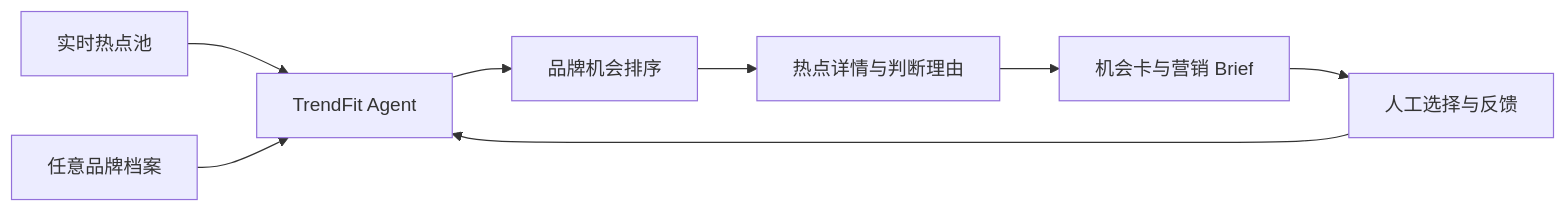
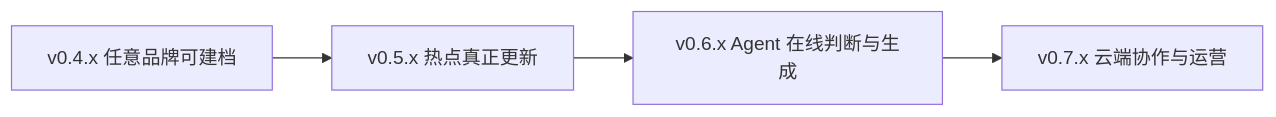
Before and after one commit to zoezhong2001-max/trendfit-brand-marketing-agent: the diagram in docs/PRODUCT_ROADMAP.md, drawn with Mermaid. The commit also changed other lines of this file and 5 other files, not shown here.

Commit message:
docs: complete STEP 05 and product roadmap

````diff
--- a/docs/PRODUCT_ROADMAP.md
+++ b/docs/PRODUCT_ROADMAP.md
@@ -14,10 +13,6 @@
 ```mermaid
 flowchart LR
-    A[实时热点池] --> C[TrendFit Agent]
-    B[任意品牌档案] --> C
-    C --> D[品牌机会排序]
-    D --> E[热点详情与判断理由]
-    E --> F[机会卡与营销 Brief]
-    F --> G[人工选择与反馈]
-    G --> C
+    A[v0.4.x 任意品牌可建档] --> B[v0.5.x 热点真正更新]
+    B --> C[v0.6.x Agent 在线判断与生成]
+    C --> D[v0.7.x 云端协作与运营]
 ```
````
